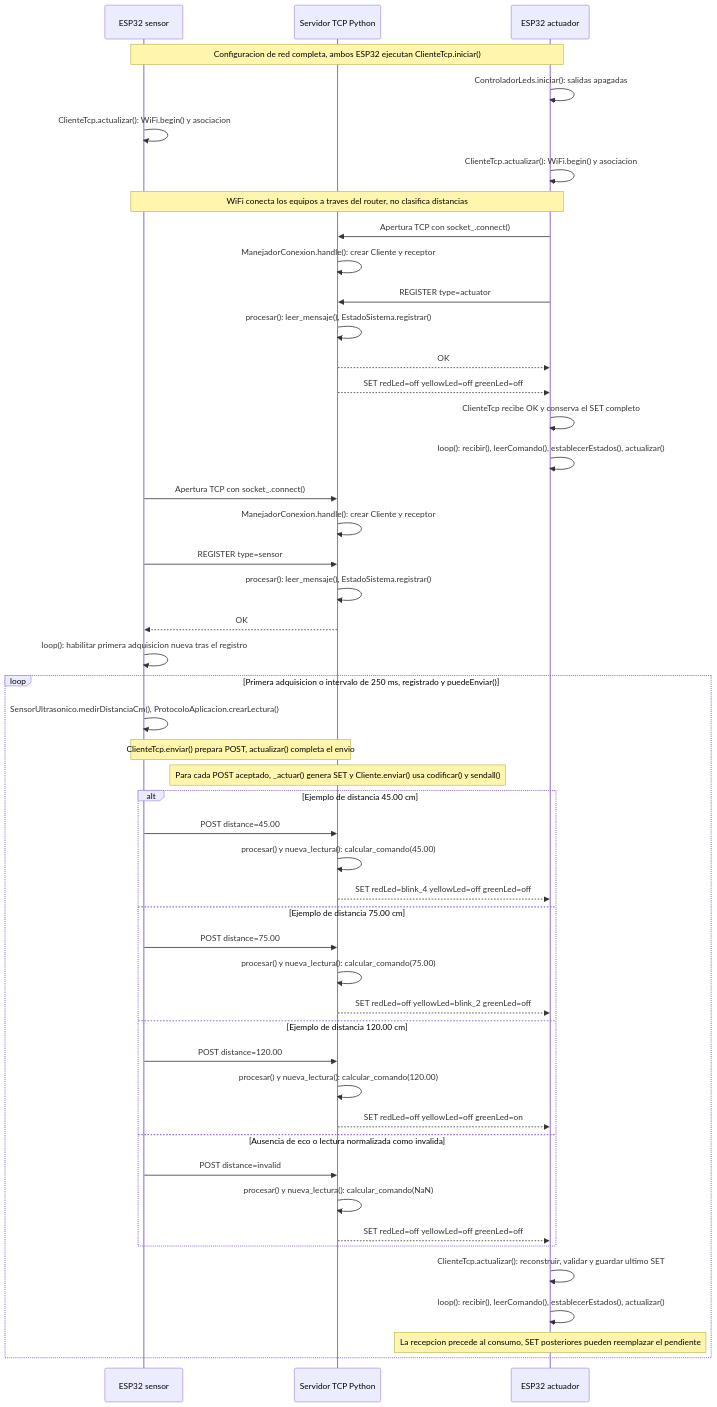
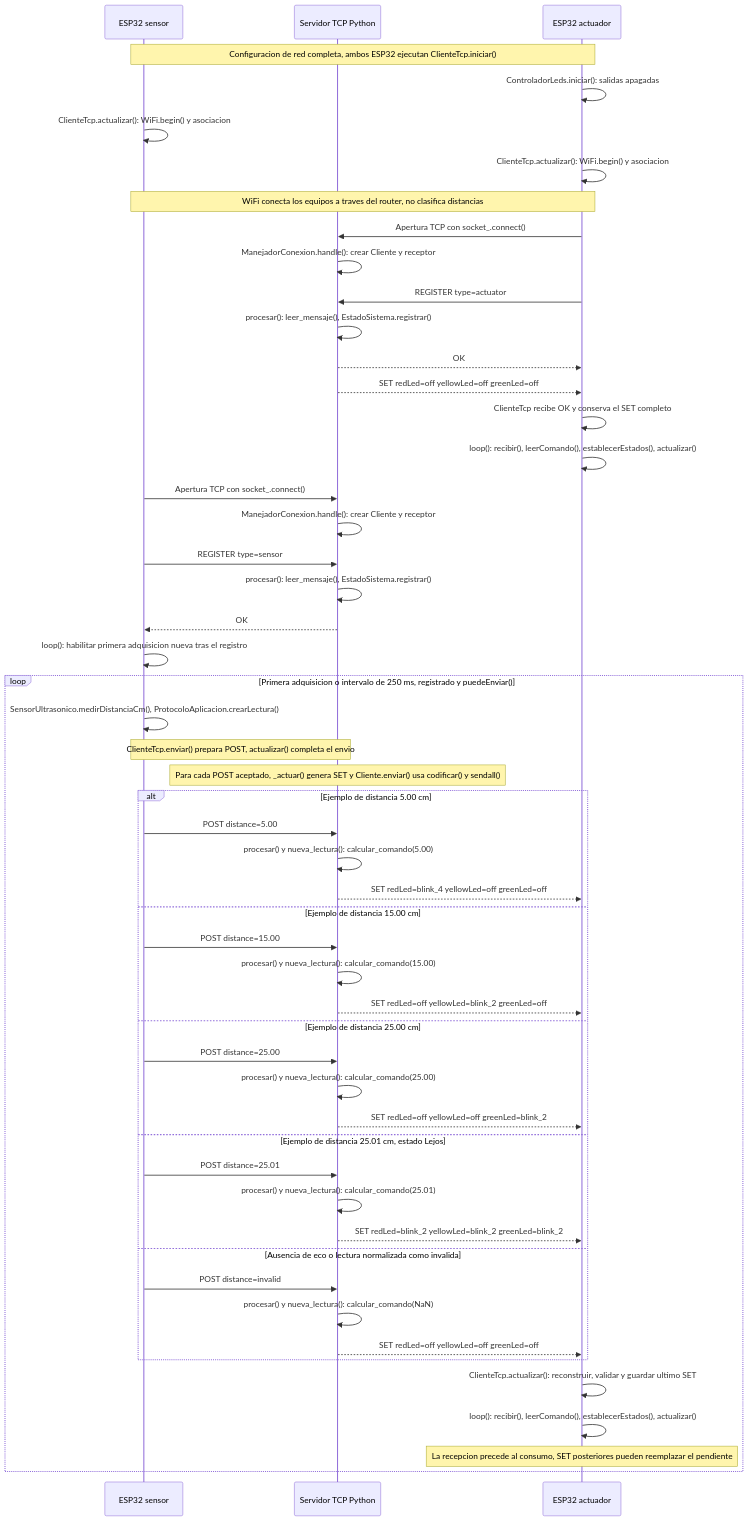
Before and after one commit to JustAdrianMercado/Integracion-de-Objetos-Inteligentes-con-TCP-IP: the fourth of 5 diagrams in INFORME.md, drawn with Mermaid. The commit also changed other lines of this file and 21 other files, not shown here.

````diff
--- a/INFORME.md
+++ b/INFORME.md
@@ -523,54 +524,58 @@
 ```mermaid
 sequenceDiagram
     participant S as ESP32 sensor
     participant PC as Servidor TCP Python
     participant A as ESP32 actuador
 
     Note over S,A: Configuracion de red completa, ambos ESP32 ejecutan ClienteTcp.iniciar()
     A->>A: ControladorLeds.iniciar(): salidas apagadas
     S->>S: ClienteTcp.actualizar(): WiFi.begin() y asociacion
     A->>A: ClienteTcp.actualizar(): WiFi.begin() y asociacion
     Note over S,A: WiFi conecta los equipos a traves del router, no clasifica distancias
 
     A->>PC: Apertura TCP con socket_.connect()
     PC->>PC: ManejadorConexion.handle(): crear Cliente y receptor
     A->>PC: REGISTER type=actuator
     PC->>PC: procesar(): leer_mensaje(), EstadoSistema.registrar()
     PC-->>A: OK
     PC-->>A: SET redLed=off yellowLed=off greenLed=off
     A->>A: ClienteTcp recibe OK y conserva el SET completo
     A->>A: loop(): recibir(), leerComando(), establecerEstados(), actualizar()
 
     S->>PC: Apertura TCP con socket_.connect()
     PC->>PC: ManejadorConexion.handle(): crear Cliente y receptor
     S->>PC: REGISTER type=sensor
     PC->>PC: procesar(): leer_mensaje(), EstadoSistema.registrar()
     PC-->>S: OK
     S->>S: loop(): habilitar primera adquisicion nueva tras el registro
 
     loop Primera adquisicion o intervalo de 250 ms, registrado y puedeEnviar()
         S->>S: SensorUltrasonico.medirDistanciaCm(), ProtocoloAplicacion.crearLectura()
         Note over S,PC: ClienteTcp.enviar() prepara POST, actualizar() completa el envio
         Note over PC: Para cada POST aceptado, _actuar() genera SET y Cliente.enviar() usa codificar() y sendall()
-        alt Ejemplo de distancia 45.00 cm
-            S->>PC: POST distance=45.00
-            PC->>PC: procesar() y nueva_lectura(): calcular_comando(45.00)
+        alt Ejemplo de distancia 5.00 cm
+            S->>PC: POST distance=5.00
+            PC->>PC: procesar() y nueva_lectura(): calcular_comando(5.00)
             PC-->>A: SET redLed=blink_4 yellowLed=off greenLed=off
-        else Ejemplo de distancia 75.00 cm
-            S->>PC: POST distance=75.00
-            PC->>PC: procesar() y nueva_lectura(): calcular_comando(75.00)
+        else Ejemplo de distancia 15.00 cm
+            S->>PC: POST distance=15.00
+            PC->>PC: procesar() y nueva_lectura(): calcular_comando(15.00)
             PC-->>A: SET redLed=off yellowLed=blink_2 greenLed=off
-        else Ejemplo de distancia 120.00 cm
-            S->>PC: POST distance=120.00
-            PC->>PC: procesar() y nueva_lectura(): calcular_comando(120.00)
-            PC-->>A: SET redLed=off yellowLed=off greenLed=on
+        else Ejemplo de distancia 25.00 cm
+            S->>PC: POST distance=25.00
+            PC->>PC: procesar() y nueva_lectura(): calcular_comando(25.00)
+            PC-->>A: SET redLed=off yellowLed=off greenLed=blink_2
+        else Ejemplo de distancia 25.01 cm, estado Lejos
+            S->>PC: POST distance=25.01
+            PC->>PC: procesar() y nueva_lectura(): calcular_comando(25.01)
+            PC-->>A: SET redLed=blink_2 yellowLed=blink_2 greenLed=blink_2
         else Ausencia de eco o lectura normalizada como invalida
             S->>PC: POST distance=invalid
             PC->>PC: procesar() y nueva_lectura(): calcular_comando(NaN)
             PC-->>A: SET redLed=off yellowLed=off greenLed=off
         end
         A->>A: ClienteTcp.actualizar(): reconstruir, validar y guardar ultimo SET
         A->>A: loop(): recibir(), leerComando(), establecerEstados(), actualizar()
         Note over A: La recepcion precede al consumo, SET posteriores pueden reemplazar el pendiente
     end
 ```
````
